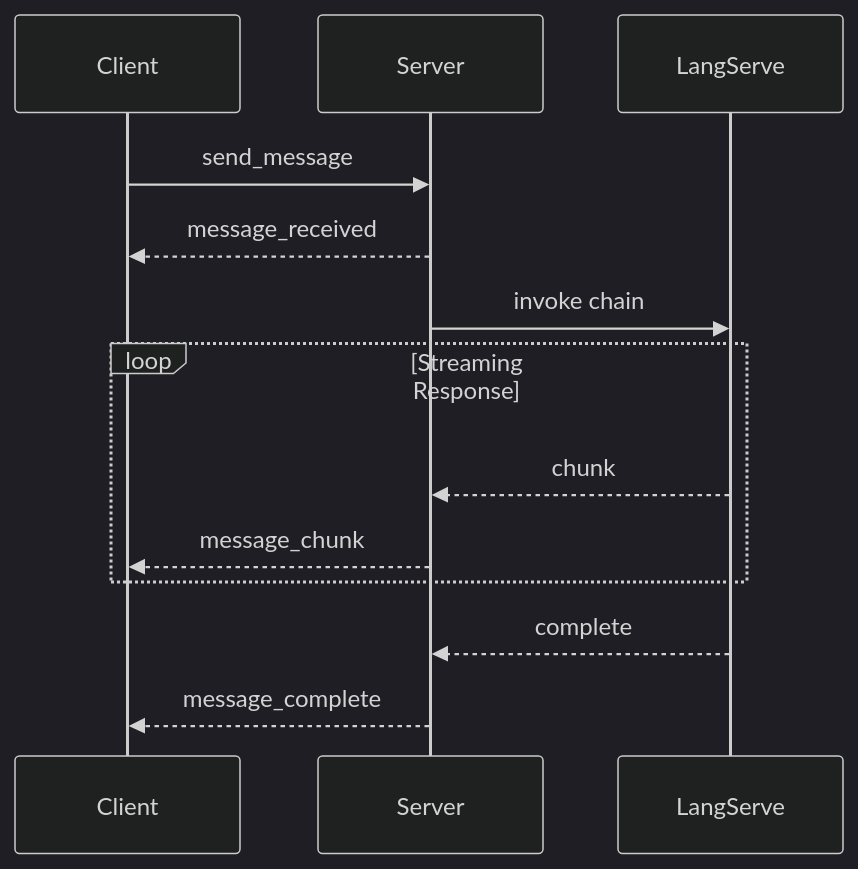
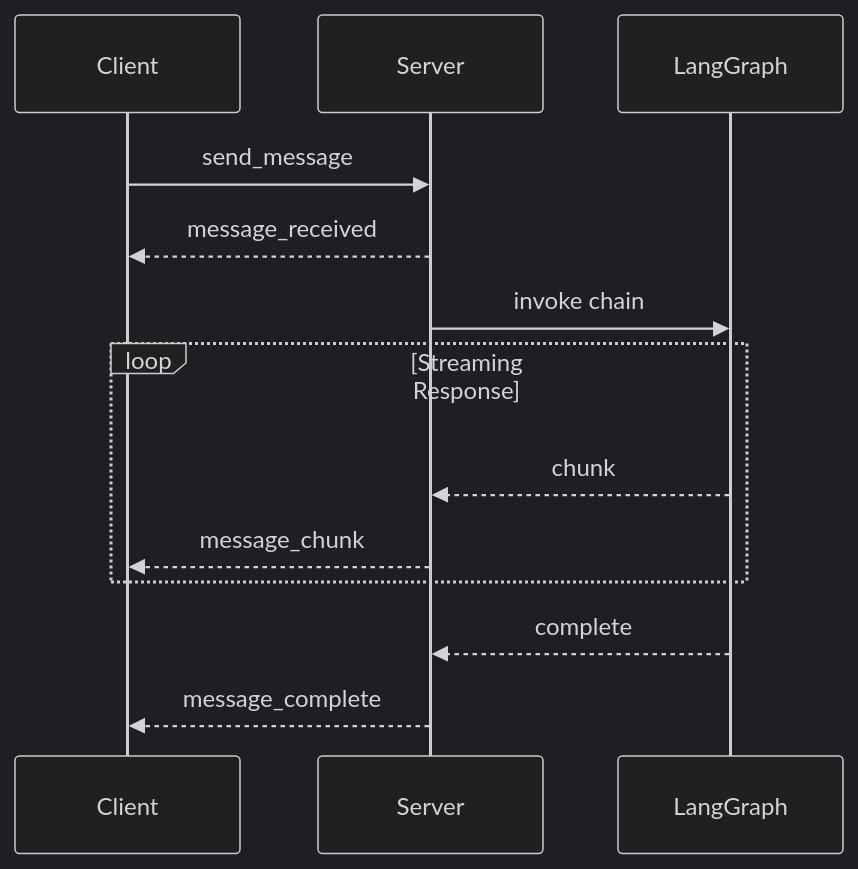
Before and after one commit to synergyai-nl/svelte-langserve: the first of 2 diagrams in docs/reference/api/socket-events.md, drawn with Mermaid (dark theme). The commit also changed other lines of this file and 11 other files, not shown here.

First line of the commit message:
📚 Complete documentation migration from LangServe to LangGraph

````diff
--- a/docs/reference/api/socket-events.md
+++ b/docs/reference/api/socket-events.md
@@ -572,16 +572,16 @@
 ```mermaid
 sequenceDiagram
     participant Client
     participant Server
-    participant LangServe
+    participant LangGraph
 
     Client->>Server: send_message
     Server-->>Client: message_received
-    Server->>LangServe: invoke chain
+    Server->>LangGraph: invoke chain
     loop Streaming Response
-        LangServe-->>Server: chunk
+        LangGraph-->>Server: chunk
         Server-->>Client: message_chunk
     end
-    LangServe-->>Server: complete
+    LangGraph-->>Server: complete
     Server-->>Client: message_complete
 ```
````
